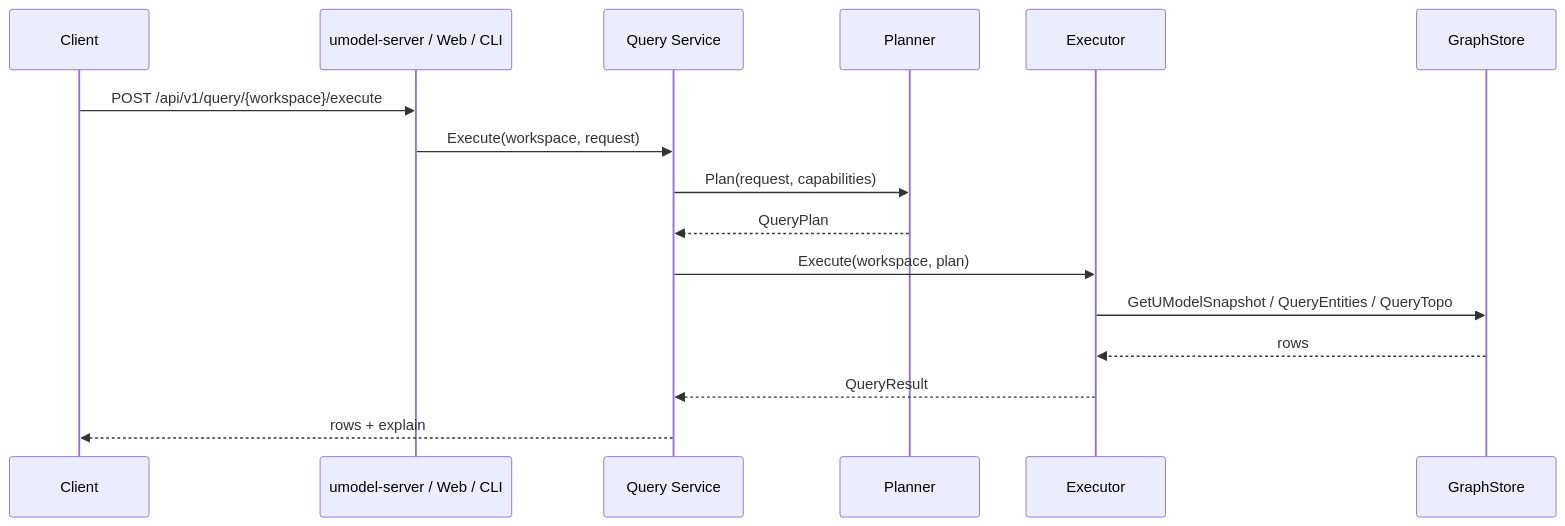
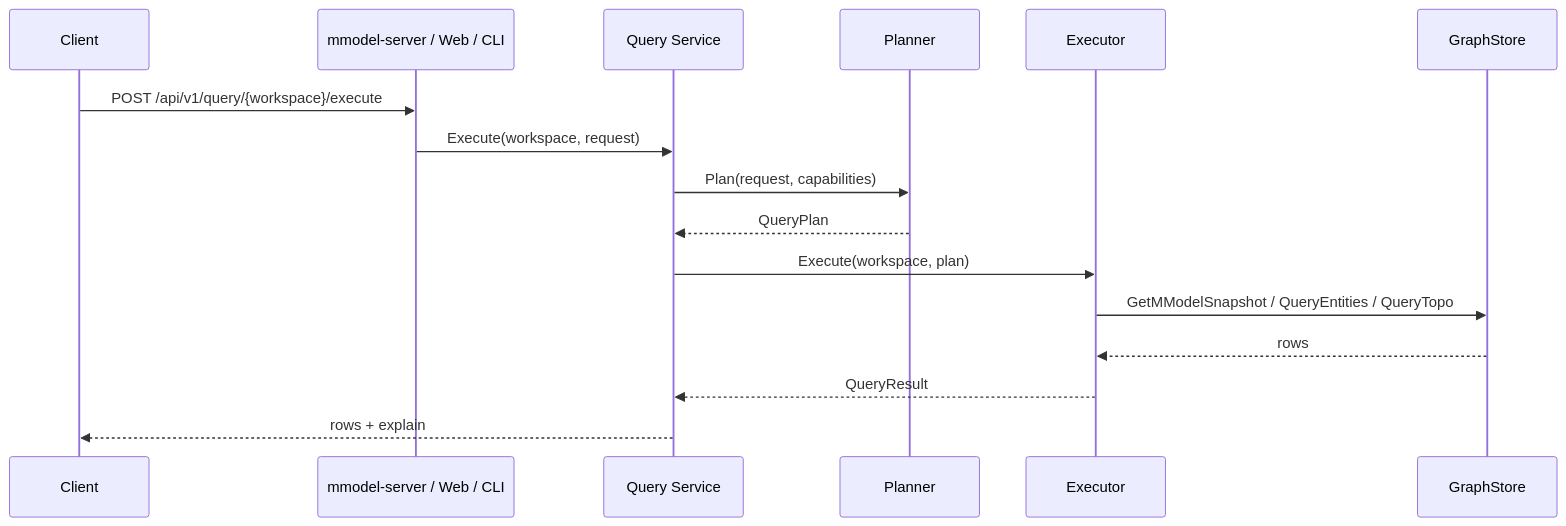
Before and after one commit to lichaoaaron/UnifiedModel: the diagram in docs/zh/learning-guide/query-flow.md, drawn with Mermaid. The commit also changed other lines of this file and 765 other files, not shown here.

````diff
--- a/docs/zh/learning-guide/query-flow.md
+++ b/docs/zh/learning-guide/query-flow.md
@@ -13,19 +13,19 @@
 ```mermaid
 sequenceDiagram
   participant Client
-  participant REST as umodel-server / Web / CLI
+  participant REST as mmodel-server / Web / CLI
   participant Query as Query Service
   participant Planner as Planner
   participant Executor as Executor
   participant Graph as GraphStore
 
   Client->>REST: POST /api/v1/query/{workspace}/execute
   REST->>Query: Execute(workspace, request)
   Query->>Planner: Plan(request, capabilities)
   Planner-->>Query: QueryPlan
   Query->>Executor: Execute(workspace, plan)
-  Executor->>Graph: GetUModelSnapshot / QueryEntities / QueryTopo
+  Executor->>Graph: GetMModelSnapshot / QueryEntities / QueryTopo
   Graph-->>Executor: rows
   Executor-->>Query: QueryResult
   Query-->>Client: rows + explain
 ```
````
